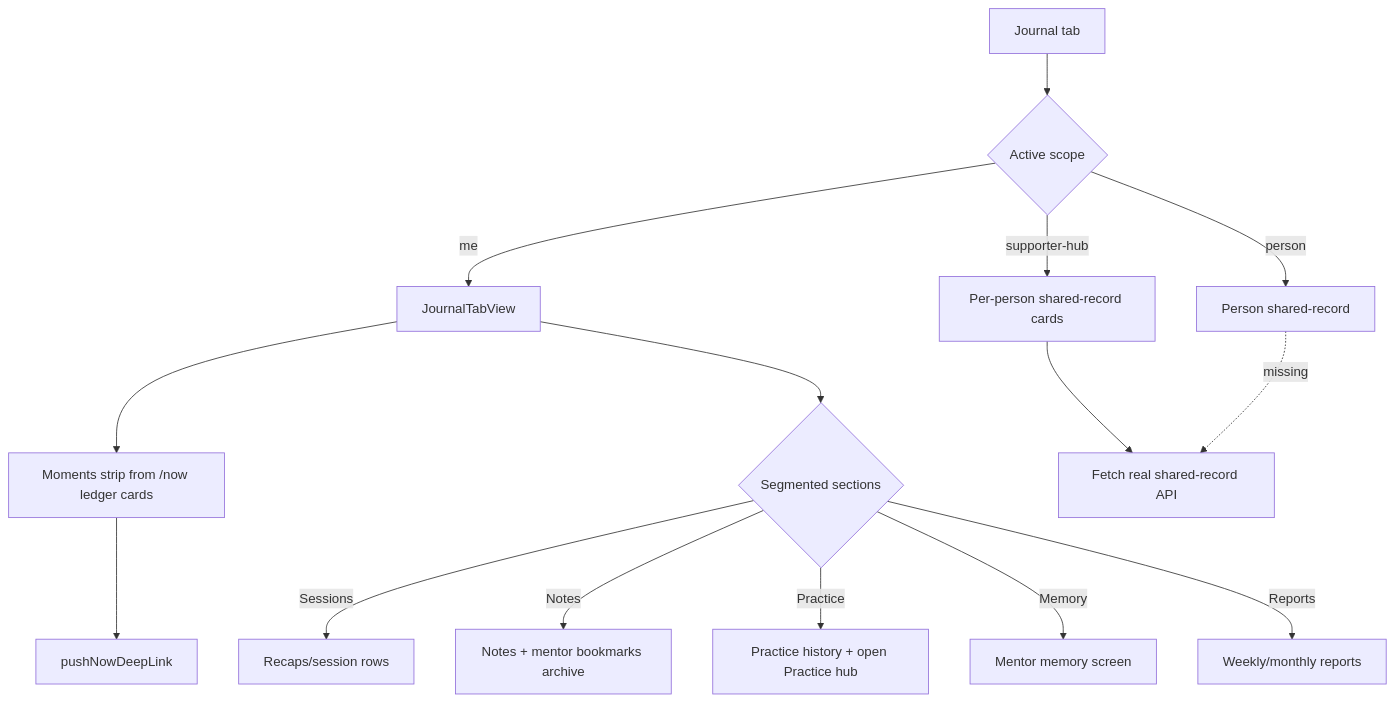
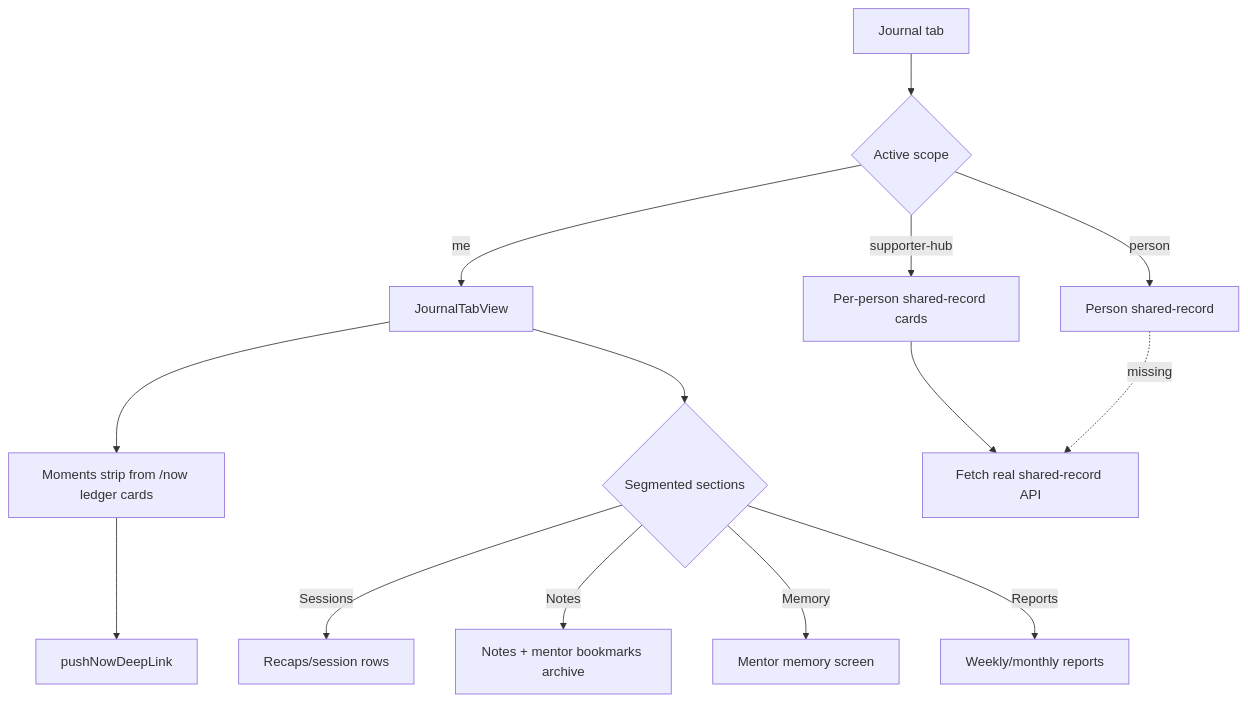
Before and after one commit to cognoco/eduagent-build: the fifth of 5 diagrams in docs/plans/v2-dossier/07-trigger-flow-logic-map.md, drawn with Mermaid. The commit also changed other lines of this file and 3 other files, not shown here.

````diff
--- a/docs/plans/v2-dossier/07-trigger-flow-logic-map.md
+++ b/docs/plans/v2-dossier/07-trigger-flow-logic-map.md
@@ -129,18 +129,17 @@
 ```mermaid
 flowchart TD
   JT[Journal tab] --> Scope{Active scope}
   Scope -- me --> Private[JournalTabView]
   Private --> Moments[Moments strip from /now ledger cards]
   Moments --> DL[pushNowDeepLink]
   Private --> Sections{Segmented sections}
   Sections -- Sessions --> Recaps[Recaps/session rows]
   Sections -- Notes --> Notes[Notes + mentor bookmarks archive]
-  Sections -- Practice --> Practice[Practice history + open Practice hub]
   Sections -- Memory --> Memory[Mentor memory screen]
   Sections -- Reports --> Reports[Weekly/monthly reports]
 
   Scope -- supporter-hub --> HubRecord[Per-person shared-record cards]
   Scope -- person --> PersonRecord[Person shared-record]
   HubRecord --> RealShared[Fetch real shared-record API]
   PersonRecord -. missing .-> RealShared
 ```
````
